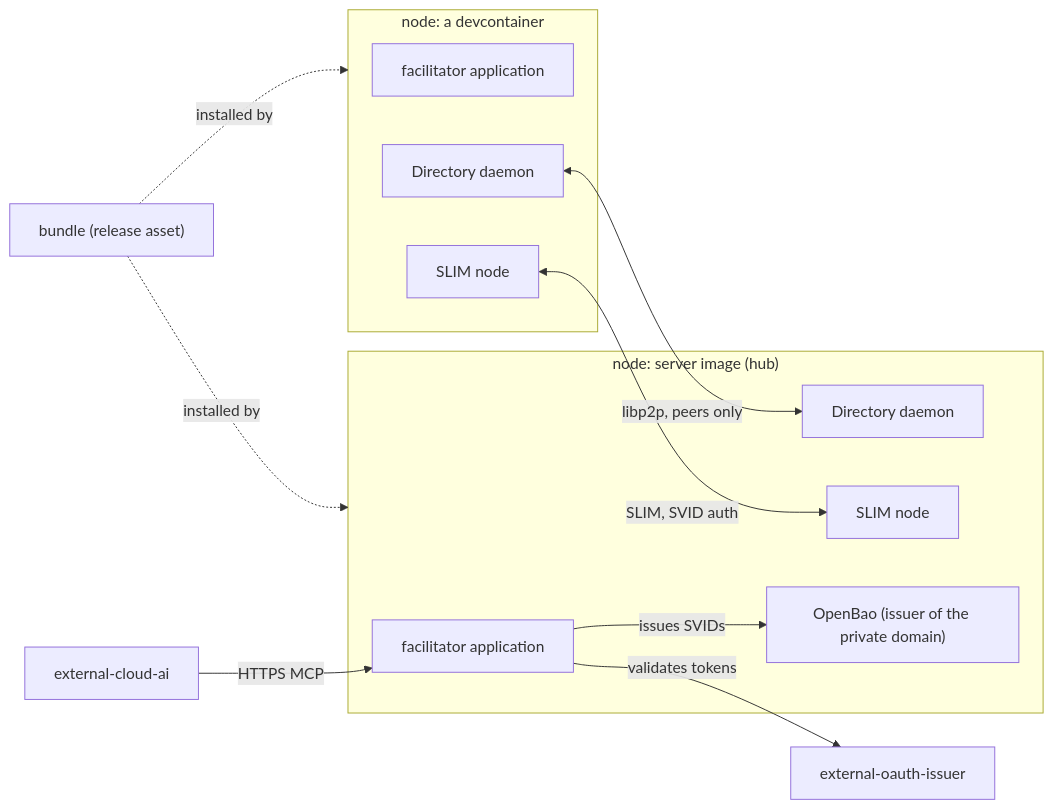
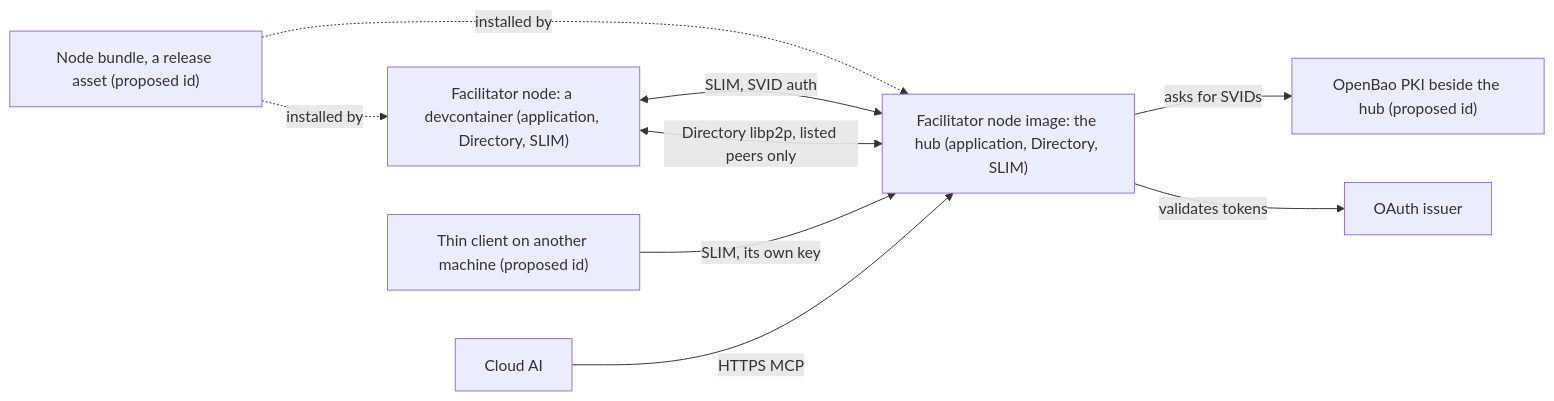
The second of 12 diagrams in docs/proposals/facilitator-node.md (nabil-becker/devcontainer-features), drawn with Mermaid before and after one commit. The commit also changed other lines of this file, not shown here.

First line of the commit message:
docs(proposals): the Operator's rulings on the facilitator-node review (facilitator-container)

````diff
--- a/docs/proposals/facilitator-node.md
+++ b/docs/proposals/facilitator-node.md
@@ -719,24 +917,18 @@
 ```mermaid
 flowchart LR
-  subgraph node1["node: a devcontainer"]
-    app1["facilitator application"]
-    dir1["Directory daemon"]
-    slim1["SLIM node"]
-  end
-  subgraph hub["node: server image (hub)"]
-    app2["facilitator application"]
-    dir2["Directory daemon"]
-    slim2["SLIM node"]
-    bao["OpenBao (issuer of the private domain)"]
-  end
-  bundle["bundle (release asset)"]
-  ext["external-oauth-issuer"]
-  cloud["external-cloud-ai"]
-  bundle -.->|installed by| node1
-  bundle -.->|installed by| hub
-  slim1 <-->|SLIM, SVID auth| slim2
-  dir1 <-->|libp2p, peers only| dir2
-  app2 -->|issues SVIDs| bao
-  cloud -->|HTTPS MCP| app2
-  app2 -->|validates tokens| ext
+  facilitator-node["Facilitator node: a devcontainer (application, Directory, SLIM)"]
+  facilitator-node-image["Facilitator node image: the hub (application, Directory, SLIM)"]
+  openbao-issuer["OpenBao PKI beside the hub (proposed id)"]
+  facilitator-thin-client["Thin client on another machine (proposed id)"]
+  facilitator-bundle["Node bundle, a release asset (proposed id)"]
+  external-oauth-issuer["OAuth issuer"]
+  external-cloud-ai["Cloud AI"]
+  facilitator-bundle -.->|installed by| facilitator-node
+  facilitator-bundle -.->|installed by| facilitator-node-image
+  facilitator-node <-->|SLIM, SVID auth| facilitator-node-image
+  facilitator-node <-->|Directory libp2p, listed peers only| facilitator-node-image
+  facilitator-node-image -->|asks for SVIDs| openbao-issuer
+  facilitator-thin-client -->|SLIM, its own key| facilitator-node-image
+  external-cloud-ai -->|HTTPS MCP| facilitator-node-image
+  facilitator-node-image -->|validates tokens| external-oauth-issuer
 ```
````
